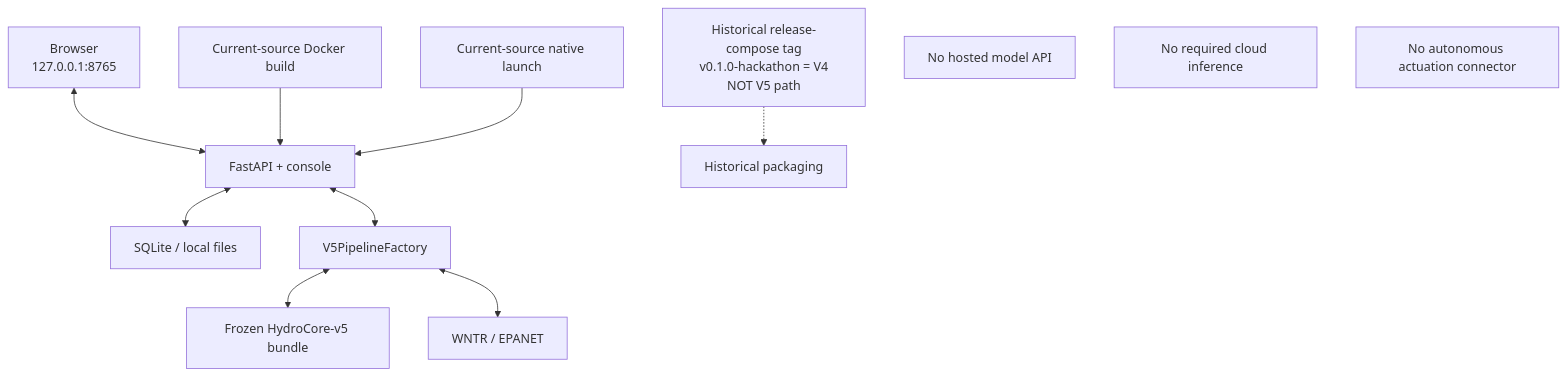
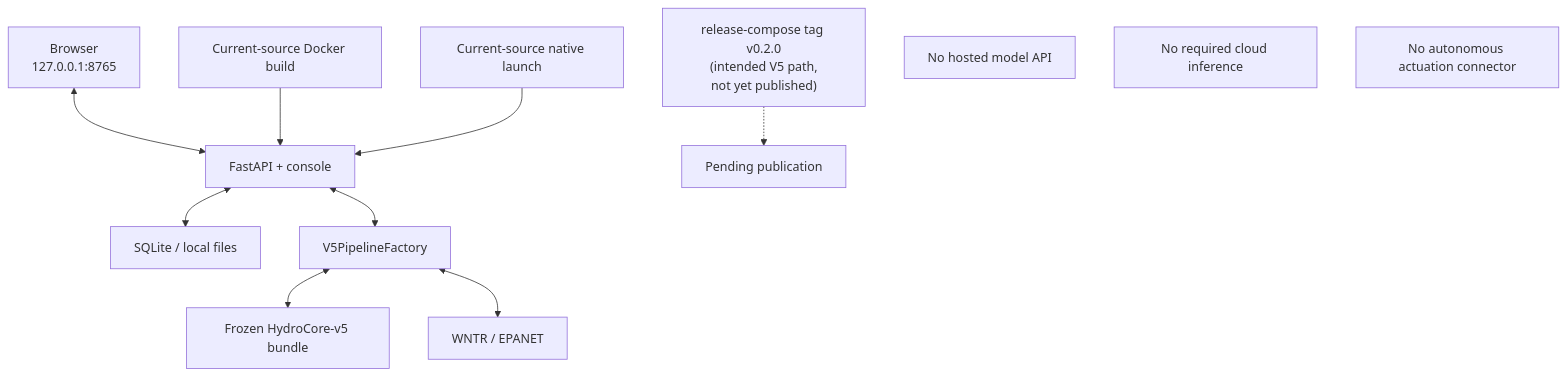
The diagram in docs/diagrams/offline-deployment-v5.mmd (insightlabs38-pixel/HydroSwarm), drawn with Mermaid before and after one commit. The commit also changed 5 other files, not shown here.

```diff
--- a/docs/diagrams/offline-deployment-v5.mmd
+++ b/docs/diagrams/offline-deployment-v5.mmd
@@ -1,13 +1,13 @@
 flowchart TD
   B["Browser<br/>127.0.0.1:8765"] <--> A["FastAPI + console"]
   A <--> DB["SQLite / local files"]
   A <--> P["V5PipelineFactory"]
   P <--> M["Frozen HydroCore-v5 bundle"]
   P <--> W["WNTR / EPANET"]
   S["Current-source Docker build"] --> A
   N["Current-source native launch"] --> A
-  R["Historical release-compose tag<br/>v0.1.0-hackathon = V4<br/>NOT V5 path"] -.-> H["Historical packaging"]
+  R["release-compose tag v0.2.0<br/>(intended V5 path,<br/>not yet published)"] -.-> H["Pending publication"]
 
   X["No hosted model API"]
   Y["No required cloud inference"]
   Z["No autonomous actuation connector"]
```
